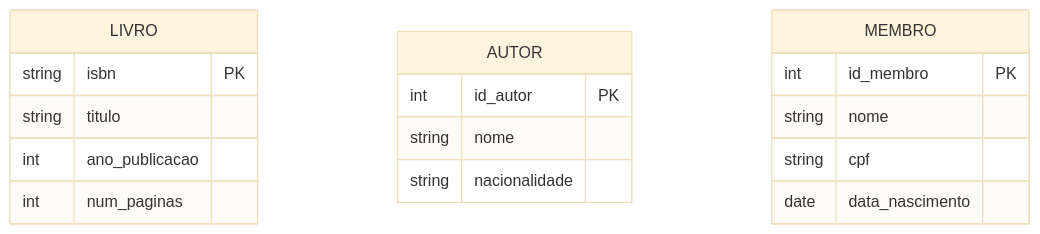
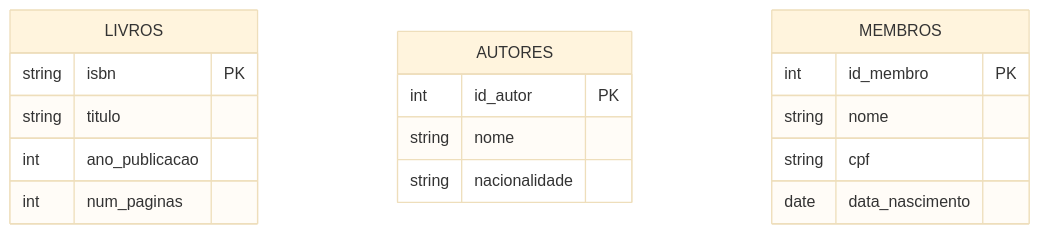
Before and after one commit to GTI-Fatec-Jahu/BDA-GTI-2026-2: the tenth of 15 diagrams in docs/aulas/Aula_02_Modelagem_Entidades.md, drawn with Mermaid (base theme). The commit also changed other lines of this file and 5 other files, not shown here.

````diff
--- a/docs/aulas/Aula_02_Modelagem_Entidades.md
+++ b/docs/aulas/Aula_02_Modelagem_Entidades.md
@@ -424,20 +424,20 @@
 ```mermaid
 erDiagram
-    LIVRO {
+    LIVROS {
         string isbn PK
         string titulo
         int ano_publicacao
         int num_paginas
     }
-    AUTOR {
+    AUTORES {
         int id_autor PK
         string nome
         string nacionalidade
     }
-    MEMBRO {
+    MEMBROS {
         int id_membro PK
         string nome
         string cpf
         date data_nascimento
     }
 ```
````
